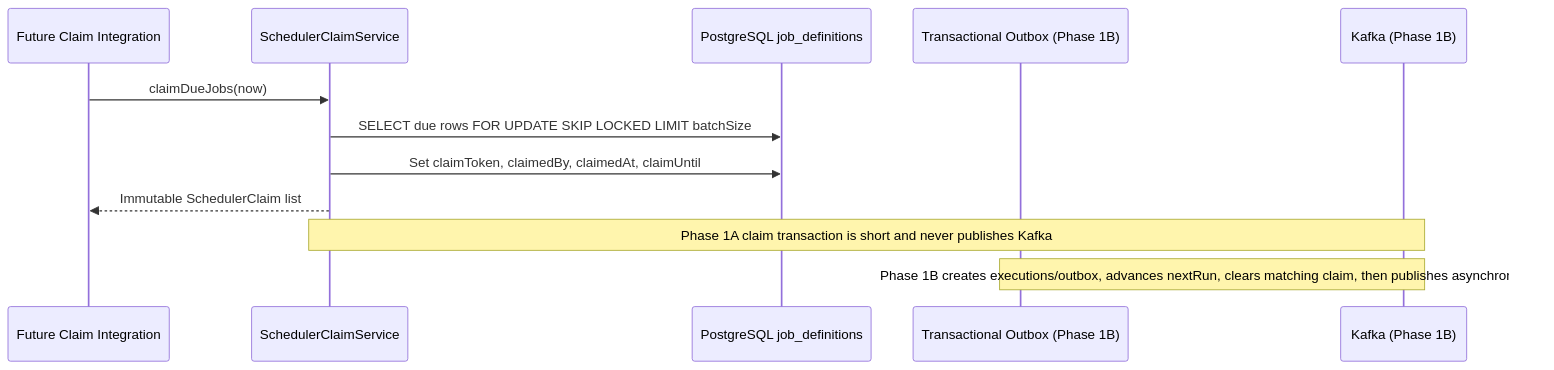
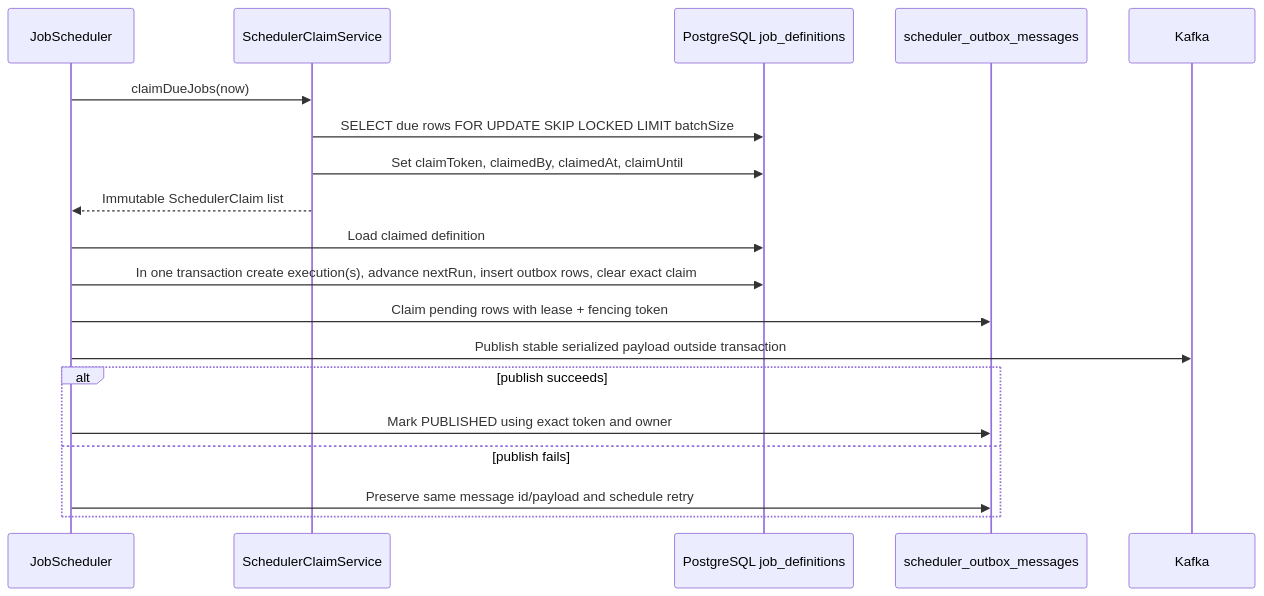
The second of 4 diagrams in docs/flows/job-execution.md (tanlocit9/omni), drawn with Mermaid before and after one commit. The commit also changed other lines of this file and 25 other files, not shown here.

First line of the commit message:
Integrate scheduler claims with transactional outbox

````diff
--- a/docs/flows/job-execution.md
+++ b/docs/flows/job-execution.md
@@ -74,15 +78,22 @@
 ```mermaid
 sequenceDiagram
-  participant Scheduler as Future Claim Integration
+  participant Scheduler as JobScheduler
   participant ClaimService as SchedulerClaimService
   participant DB as PostgreSQL job_definitions
-  participant Outbox as Transactional Outbox (Phase 1B)
-  participant Kafka as Kafka (Phase 1B)
+  participant Outbox as scheduler_outbox_messages
+  participant Kafka as Kafka
 
   Scheduler->>ClaimService: claimDueJobs(now)
   ClaimService->>DB: SELECT due rows FOR UPDATE SKIP LOCKED LIMIT batchSize
   ClaimService->>DB: Set claimToken, claimedBy, claimedAt, claimUntil
   ClaimService-->>Scheduler: Immutable SchedulerClaim list
-  Note over ClaimService,Kafka: Phase 1A claim transaction is short and never publishes Kafka
-  Note over Outbox,Kafka: Phase 1B creates executions/outbox, advances nextRun, clears matching claim, then publishes asynchronously
+  Scheduler->>DB: Load claimed definition
+  Scheduler->>DB: In one transaction create execution(s), advance nextRun, insert outbox rows, clear exact claim
+  Scheduler->>Outbox: Claim pending rows with lease + fencing token
+  Scheduler->>Kafka: Publish stable serialized payload outside transaction
+  alt publish succeeds
+    Scheduler->>Outbox: Mark PUBLISHED using exact token and owner
+  else publish fails
+    Scheduler->>Outbox: Preserve same message id/payload and schedule retry
+  end
 ```
````
